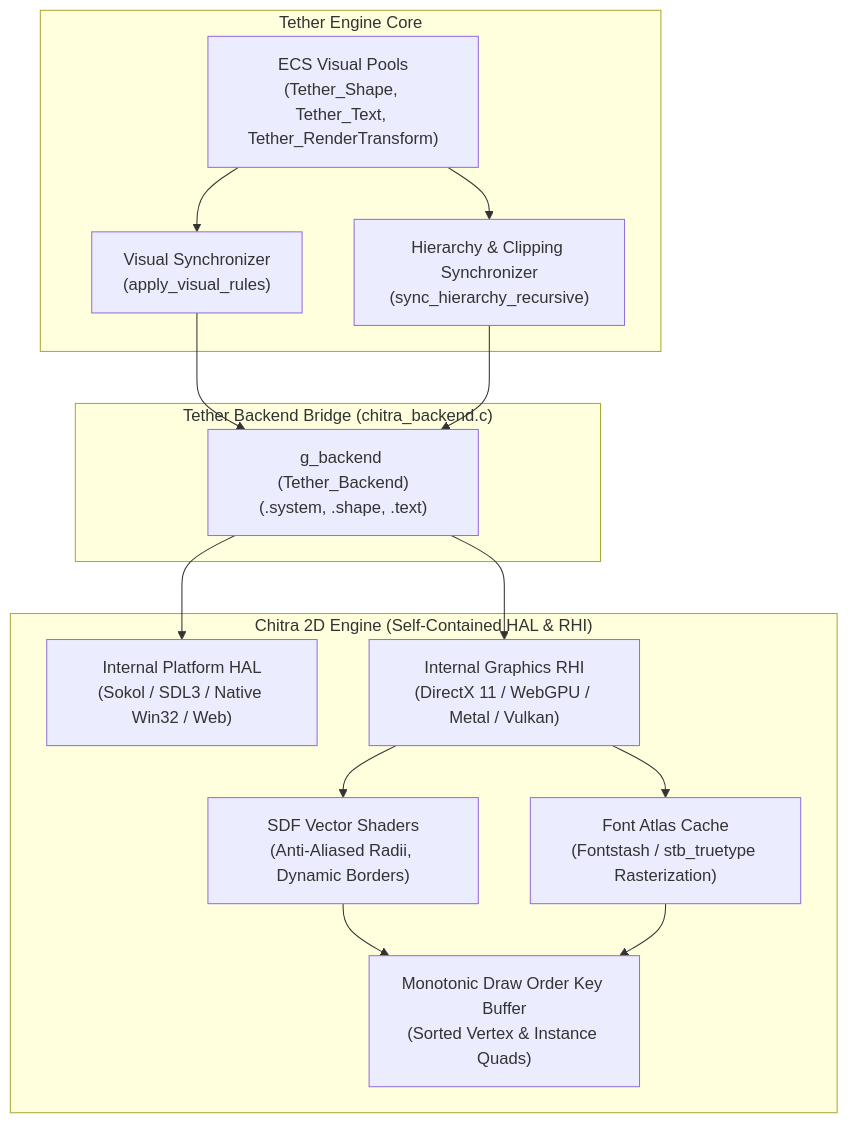
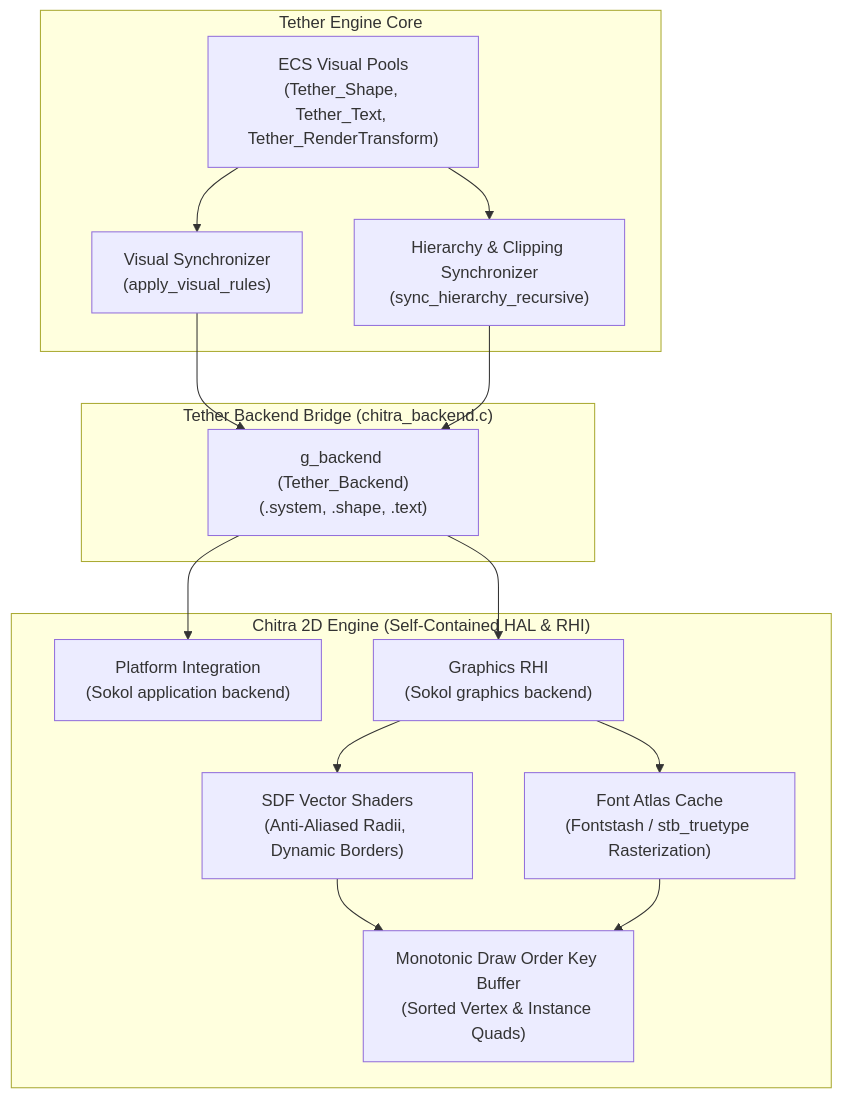
The first of 4 diagrams in docs/technical/08_chitra_rendering.md (Yuvi-GD/Tether), drawn with Mermaid before and after one commit. The commit also changed other lines of this file and 24 other files, not shown here.

Commit message:
docs: align technical docs with v0.0.3-preview and clarify presentation roadmap

````diff
--- a/docs/technical/08_chitra_rendering.md
+++ b/docs/technical/08_chitra_rendering.md
@@ -27,31 +27,31 @@
 ```mermaid
 flowchart TD
     subgraph TetherCore["Tether Engine Core"]
         ECS["ECS Visual Pools\n(Tether_Shape, Tether_Text, Tether_RenderTransform)"]
         Sync["Visual Synchronizer\n(apply_visual_rules)"]
         HierSync["Hierarchy & Clipping Synchronizer\n(sync_hierarchy_recursive)"]
     end
 
     subgraph BackendBridge["Tether Backend Bridge (chitra_backend.c)"]
         g_backend["g_backend (Tether_Backend)\n(.system, .shape, .text)"]
     end
 
     subgraph ChitraEngine["Chitra 2D Engine (Self-Contained HAL & RHI)"]
-        InternalHAL["Internal Platform HAL\n(Sokol / SDL3 / Native Win32 / Web)"]
-        InternalRHI["Internal Graphics RHI\n(DirectX 11 / WebGPU / Metal / Vulkan)"]
+        InternalHAL["Platform Integration\n(Sokol application backend)"]
+        InternalRHI["Graphics RHI\n(Sokol graphics backend)"]
         SDF["SDF Vector Shaders\n(Anti-Aliased Radii, Dynamic Borders)"]
         Glyph["Font Atlas Cache\n(Fontstash / stb_truetype Rasterization)"]
         DrawList["Monotonic Draw Order Key Buffer\n(Sorted Vertex & Instance Quads)"]
     end
 
     ECS --> Sync
     ECS --> HierSync
     Sync --> g_backend
     HierSync --> g_backend
     g_backend --> InternalHAL
     g_backend --> InternalRHI
     InternalRHI --> SDF
     InternalRHI --> Glyph
     SDF --> DrawList
     Glyph --> DrawList
 ```
````
